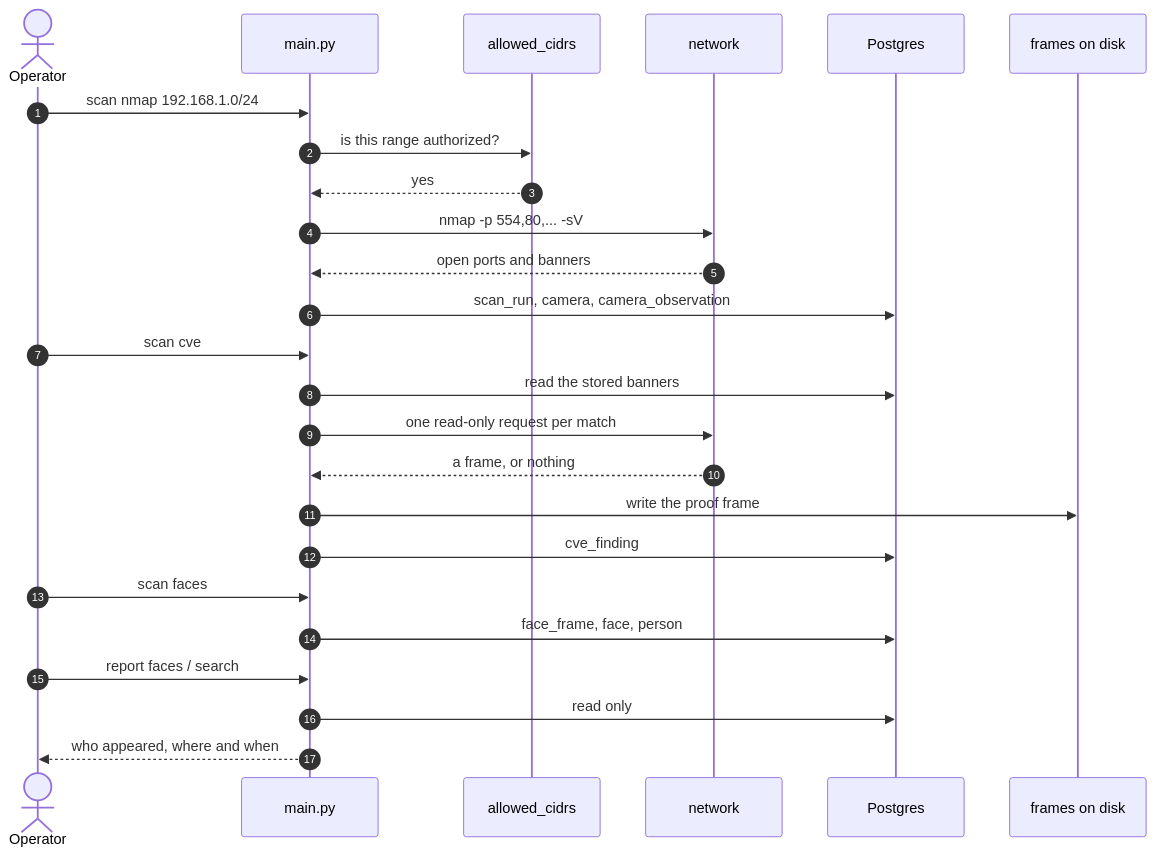
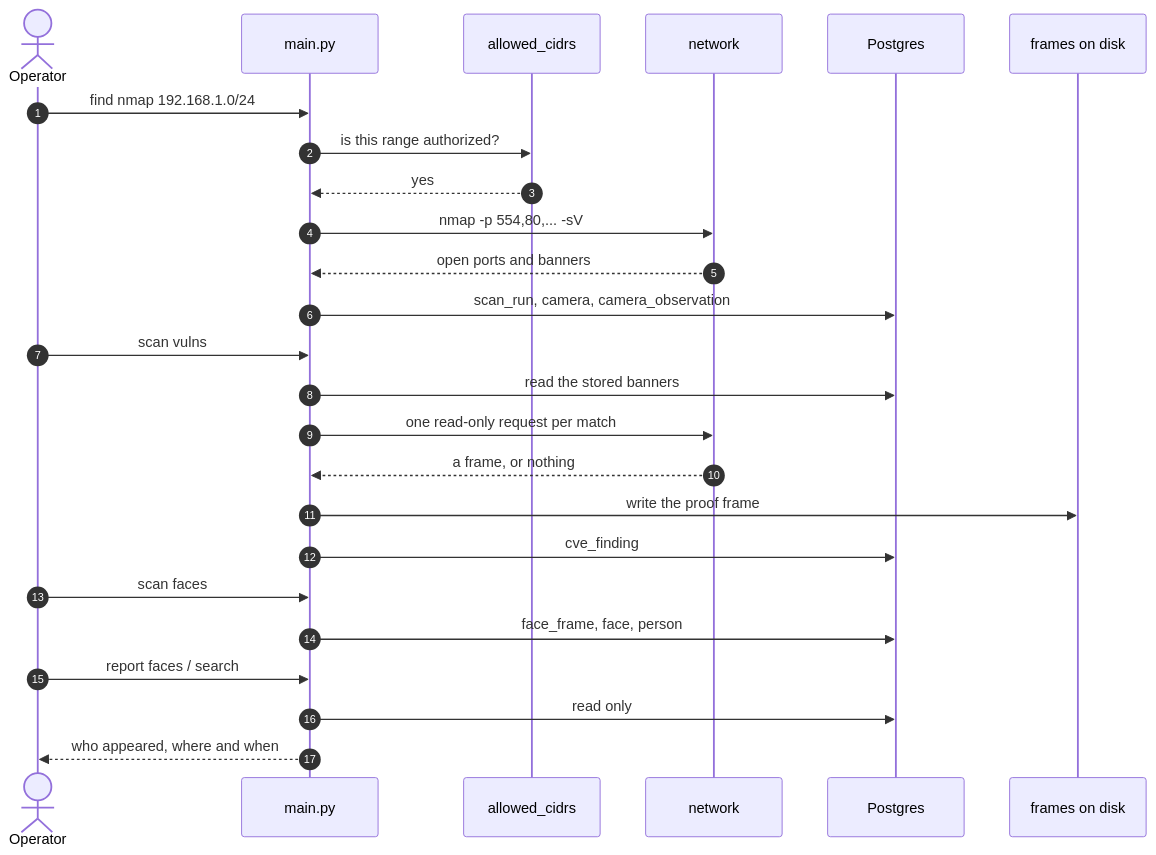
The first of 3 diagrams in README.md (iklobato/shodan_rtsp), drawn with Mermaid before and after one commit. The commit also changed other lines of this file and 10 other files, not shown here.

````diff
--- a/README.md
+++ b/README.md
@@ -119,28 +131,28 @@
 ```mermaid
 sequenceDiagram
     autonumber
     actor Op as Operator
     participant CLI as main.py
     participant Gate as allowed_cidrs
     participant Net as network
     participant DB as Postgres
     participant Disk as frames on disk
 
-    Op->>CLI: scan nmap 192.168.1.0/24
+    Op->>CLI: find nmap 192.168.1.0/24
     CLI->>Gate: is this range authorized?
     Gate-->>CLI: yes
     CLI->>Net: nmap -p 554,80,... -sV
     Net-->>CLI: open ports and banners
     CLI->>DB: scan_run, camera, camera_observation
-    Op->>CLI: scan cve
+    Op->>CLI: scan vulns
     CLI->>DB: read the stored banners
     CLI->>Net: one read-only request per match
     Net-->>CLI: a frame, or nothing
     CLI->>Disk: write the proof frame
     CLI->>DB: cve_finding
     Op->>CLI: scan faces
     CLI->>DB: face_frame, face, person
     Op->>CLI: report faces / search
     CLI->>DB: read only
     CLI-->>Op: who appeared, where and when
 ```
````
